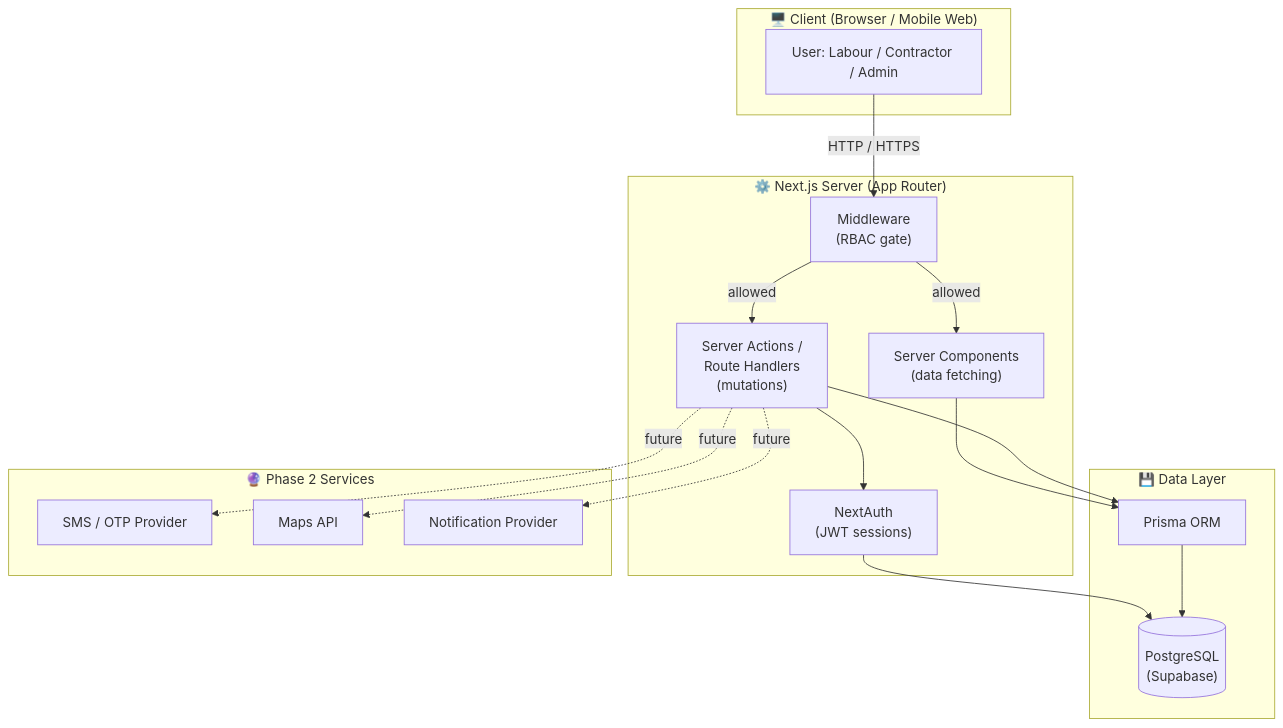
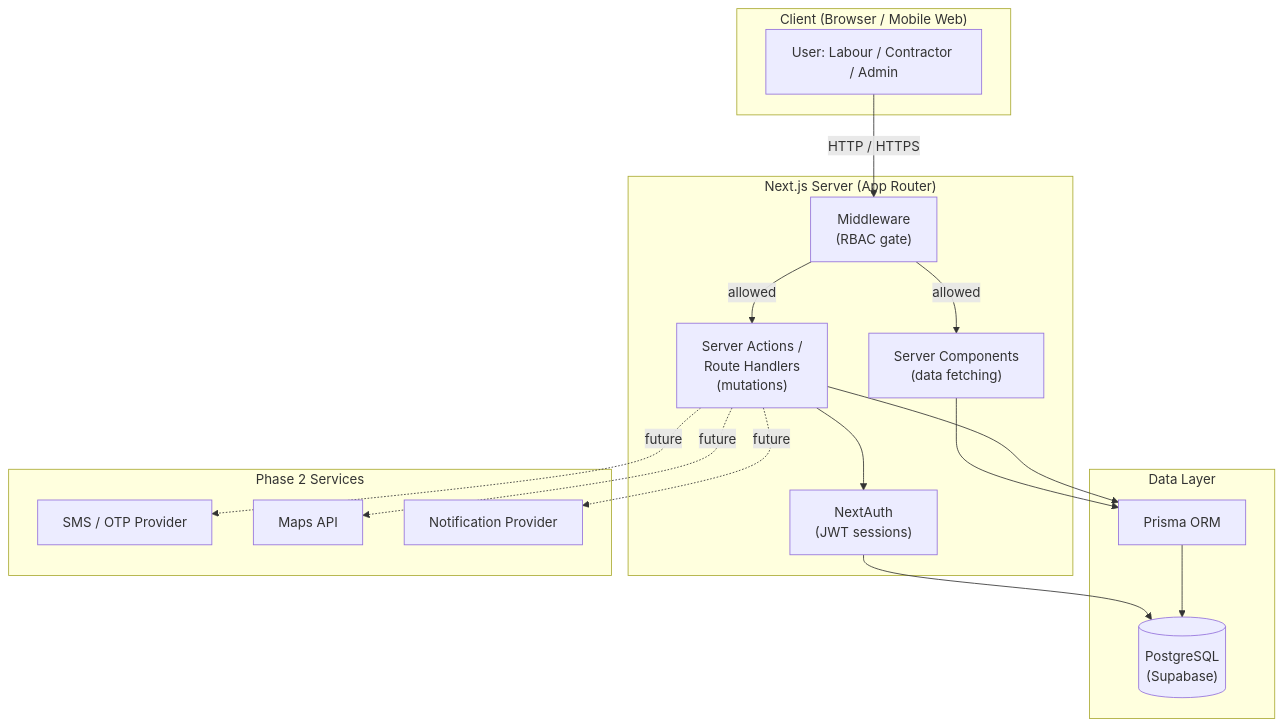
One commit to bidhuripriyanshu/LabourLink changed the first of 15 diagrams in README.md. Above: the diagram before and after it, drawn with Mermaid. The commit also changed other lines of this file, not shown here.

````diff
--- a/README.md
+++ b/README.md
@@ -30,36 +30,36 @@
 ```mermaid
 flowchart TB
-    subgraph Client ["🖥️ Client (Browser / Mobile Web)"]
+    subgraph Client [" Client (Browser / Mobile Web)"]
         U["User: Labour / Contractor / Admin"]
     end
 
-    subgraph NextServer ["⚙️ Next.js Server (App Router)"]
+    subgraph NextServer [" Next.js Server (App Router)"]
         SC["Server Components\n(data fetching)"]
         SA["Server Actions /\nRoute Handlers\n(mutations)"]
         MW["Middleware\n(RBAC gate)"]
         AUTH["NextAuth\n(JWT sessions)"]
     end
 
-    subgraph DataLayer ["💾 Data Layer"]
+    subgraph DataLayer [" Data Layer"]
         PRISMA["Prisma ORM"]
         DB[("PostgreSQL\n(Supabase)")]
     end
 
-    subgraph Phase2 ["🔮 Phase 2 Services"]
+    subgraph Phase2 [" Phase 2 Services"]
         SMS["SMS / OTP Provider"]
         MAPS["Maps API"]
         NOTIF["Notification Provider"]
     end
 
     U -->|HTTP / HTTPS| MW
     MW -->|allowed| SC
     MW -->|allowed| SA
     SC --> PRISMA
     SA --> AUTH
     SA --> PRISMA
     AUTH --> DB
     PRISMA --> DB
     SA -.->|future| SMS
     SA -.->|future| MAPS
     SA -.->|future| NOTIF
 ```
````
